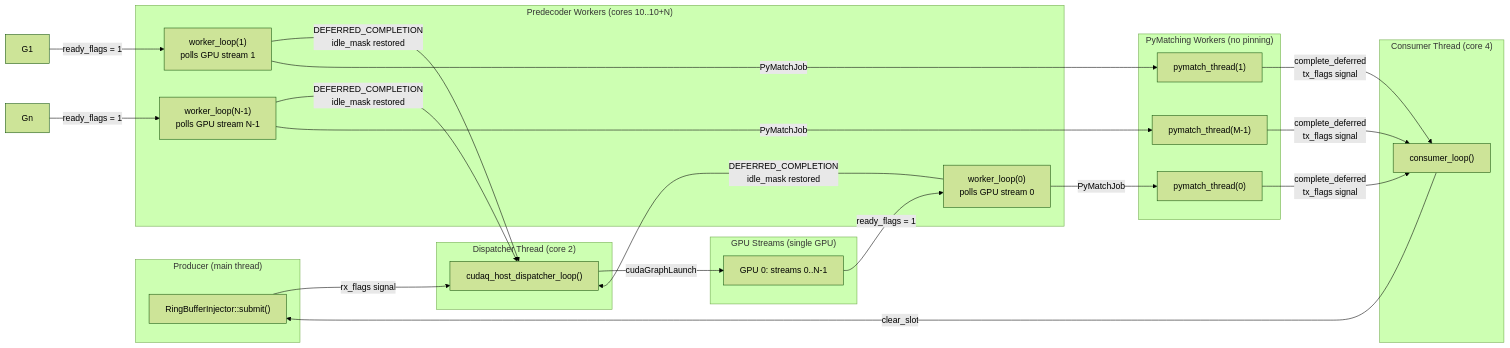
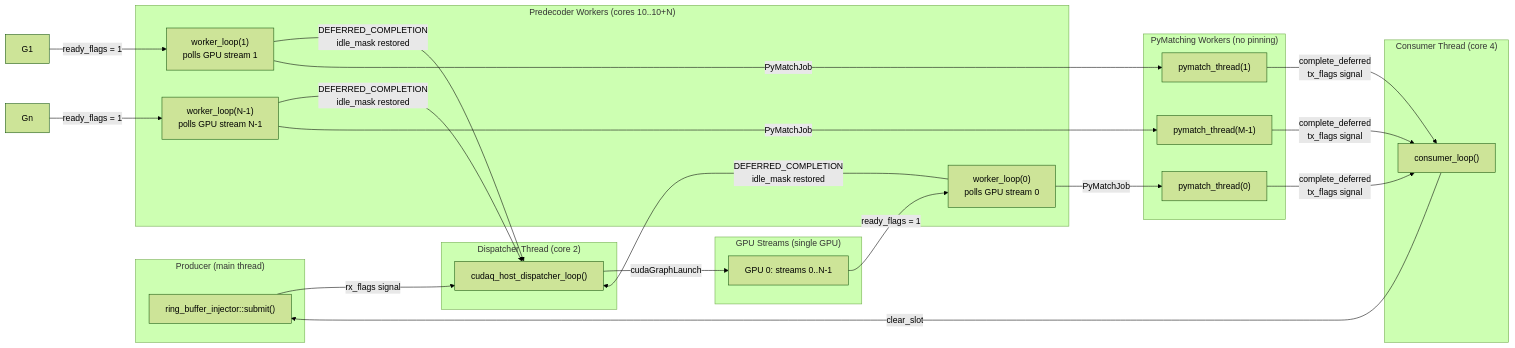
One commit to wsttiger/cudaqx changed the second of 8 diagrams in libs/qec/lib/realtime/realtime_pipeline_architecture.md. Above: the diagram before and after it, drawn with Mermaid (forest theme). The commit also changed other lines of this file and 1 other file, not shown here.

````diff
--- a/libs/qec/lib/realtime/realtime_pipeline_architecture.md
+++ b/libs/qec/lib/realtime/realtime_pipeline_architecture.md
@@ -79,46 +79,46 @@
 ```mermaid
 flowchart LR
     subgraph "Producer (main thread)"
-        P["RingBufferInjector::submit()"]
+        P["ring_buffer_injector::submit()"]
     end
 
     subgraph "Dispatcher Thread (core 2)"
         D["cudaq_host_dispatcher_loop()"]
     end
 
     subgraph "Predecoder Workers (cores 10..10+N)"
         W0["worker_loop(0)<br>polls GPU stream 0"]
         W1["worker_loop(1)<br>polls GPU stream 1"]
         Wn["worker_loop(N-1)<br>polls GPU stream N-1"]
     end
 
     subgraph "PyMatching Workers (no pinning)"
         PM0["pymatch_thread(0)"]
         PM1["pymatch_thread(1)"]
         PMn["pymatch_thread(M-1)"]
     end
 
     subgraph "Consumer Thread (core 4)"
         C["consumer_loop()"]
     end
 
     subgraph "GPU Streams (single GPU)"
         G0["GPU 0: streams 0..N-1"]
     end
 
     P -->|"rx_flags signal"| D
     D -->|"cudaGraphLaunch"| G0
     G0 -->|"ready_flags = 1"| W0
     G1 -->|"ready_flags = 1"| W1
     Gn -->|"ready_flags = 1"| Wn
     W0 -->|"DEFERRED_COMPLETION<br>idle_mask restored"| D
     W1 -->|"DEFERRED_COMPLETION<br>idle_mask restored"| D
     Wn -->|"DEFERRED_COMPLETION<br>idle_mask restored"| D
     W0 -->|"PyMatchJob"| PM0
     W1 -->|"PyMatchJob"| PM1
     Wn -->|"PyMatchJob"| PMn
     PM0 -->|"complete_deferred<br>tx_flags signal"| C
     PM1 -->|"complete_deferred<br>tx_flags signal"| C
     PMn -->|"complete_deferred<br>tx_flags signal"| C
     C -->|"clear_slot"| P
 ```
````
